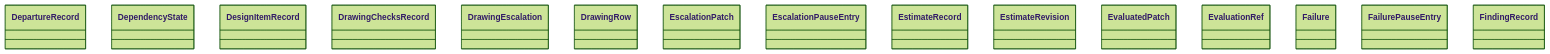
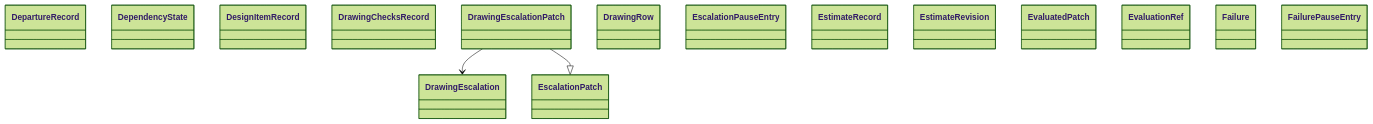
The diagram in docs/architecture/generated/classes-process-domain-state-5.md (GonzaloZevallos/agentic-system), drawn with Mermaid (forest theme) before and after one commit. The commit also changed 10 other files, not shown here.

````diff
--- a/docs/architecture/generated/classes-process-domain-state-5.md
+++ b/docs/architecture/generated/classes-process-domain-state-5.md
@@ -31,18 +31,20 @@
 ```mermaid
 classDiagram
     class task__DepartureRecord["DepartureRecord"]
     class task__DependencyState["DependencyState"]
     class task__DesignItemRecord["DesignItemRecord"]
     class task__DrawingChecksRecord["DrawingChecksRecord"]
     class task__DrawingEscalation["DrawingEscalation"]
+    class task__DrawingEscalationPatch["DrawingEscalationPatch"]
     class task__DrawingRow["DrawingRow"]
     class task__EscalationPatch["EscalationPatch"]
     class task__EscalationPauseEntry["EscalationPauseEntry"]
     class task__EstimateRecord["EstimateRecord"]
     class task__EstimateRevision["EstimateRevision"]
     class task__EvaluatedPatch["EvaluatedPatch"]
     class task__EvaluationRef["EvaluationRef"]
     class task__Failure["Failure"]
     class task__FailurePauseEntry["FailurePauseEntry"]
-    class task__FindingRecord["FindingRecord"]
+    task__DrawingEscalationPatch --> task__DrawingEscalation
+    task__DrawingEscalationPatch --|> task__EscalationPatch
 ```
````
